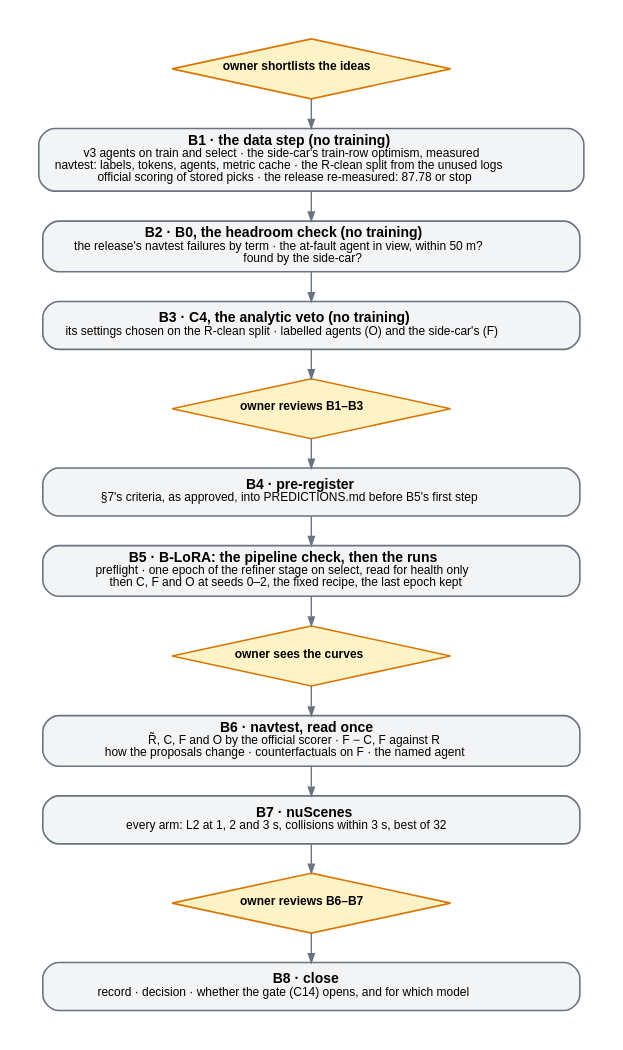
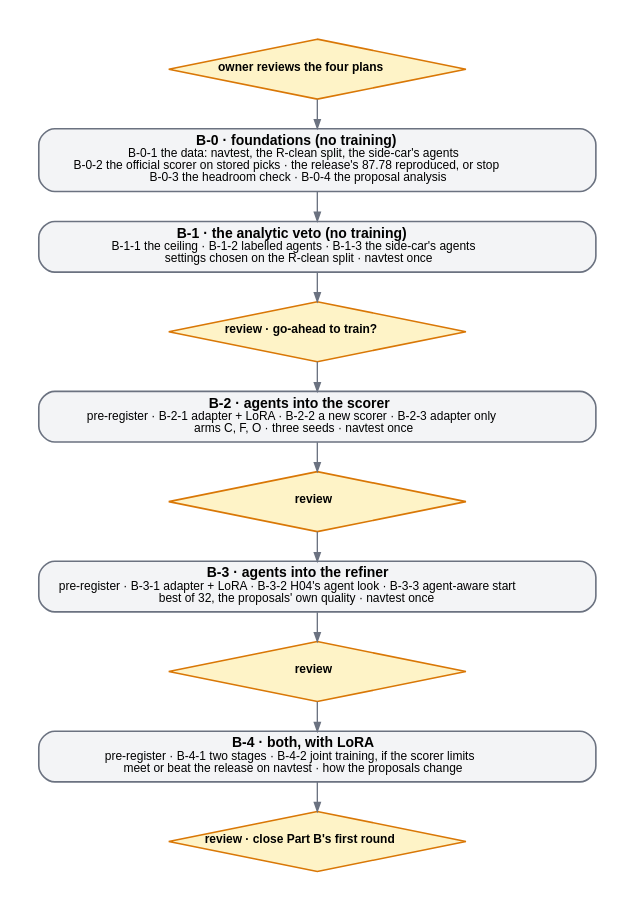
One commit to FastCodeAI/Gallops changed the diagram in experiments/H15_perception_sidecar/figures/b-steps.dot. Above: the diagram before and after it, drawn with Graphviz. The commit also changed 45 other files, not shown here.

```diff
--- a/experiments/H15_perception_sidecar/figures/b-steps.dot
+++ b/experiments/H15_perception_sidecar/figures/b-steps.dot
@@ -1,29 +1,29 @@
-// H15 Phase B (docs/drivejepa-perception-sidecar-B.md): the steps, each closed by a review before the next opens.
-// Grey: not yet run. Amber diamonds: the owner's reviews. Nothing trains before B5, and B5 waits for the go-ahead.
+// H15 Part B (docs/drivejepa-perception-sidecar-B.md and one document per experiment): the order of work, each block
+// closed by the owner's review before the next opens. Grey: not yet run. Amber diamonds: the owner's reviews.
+// Nothing trains before B-2, and B-2 waits for the go-ahead. Experiments are named B-<n>-<v> (overview, "Naming").
 // Render: dot -Tsvg b-steps.dot -o b-steps.svg && dot -Tpng:cairo -Gdpi=192 b-steps.dot -o b-steps.png
 // (not rsvg-convert: version 2.50 drops the space after a bold run)
 digraph b_steps {
   graph [rankdir=TB, fontname="Helvetica", nodesep=0.35, ranksep=0.30, pad=0.3, bgcolor="white"];
   node  [shape=box, style="rounded,filled", fontname="Helvetica", fontsize=10.5, penwidth=1.2,
-         color="#6b7280", fillcolor="#f3f4f6", margin="0.16,0.07", width=5.6];
+         color="#6b7280", fillcolor="#f3f4f6", margin="0.16,0.07", width=5.8];
   edge  [color="#6b7280", arrowsize=0.65, penwidth=1.0, fontname="Helvetica", fontsize=9];
 
-  R0 [shape=diamond, style="filled", width=2.9, height=0.62, fixedsize=true, color="#d97706", fillcolor="#fef3c7",
-      label=<<FONT POINT-SIZE="9.5"><B>owner shortlists the ideas</B></FONT>>];
-  B1 [label=<<B>B1 · the data step (no training)</B><BR/><FONT POINT-SIZE="9">v3 agents on train and select · the side-car's train-row optimism, measured<BR/>navtest: labels, tokens, agents, metric cache · the R-clean split from the unused logs<BR/>official scoring of stored picks · the release re-measured: 87.78 or stop</FONT>>];
-  B2 [label=<<B>B2 · B0, the headroom check (no training)</B><BR/><FONT POINT-SIZE="9">the release's navtest failures by term · the at-fault agent in view, within 50 m?<BR/>found by the side-car?</FONT>>];
-  B3 [label=<<B>B3 · C4, the analytic veto (no training)</B><BR/><FONT POINT-SIZE="9">its settings chosen on the R-clean split · labelled agents (O) and the side-car's (F)</FONT>>];
-  RA [shape=diamond, style="filled", width=2.9, height=0.62, fixedsize=true, color="#d97706", fillcolor="#fef3c7",
-      label=<<FONT POINT-SIZE="9.5"><B>owner reviews B1–B3</B></FONT>>];
-  B4 [label=<<B>B4 · pre-register</B><BR/><FONT POINT-SIZE="9">§7's criteria, as approved, into PREDICTIONS.md before B5's first step</FONT>>];
-  B5 [label=<<B>B5 · B-LoRA: the pipeline check, then the runs</B><BR/><FONT POINT-SIZE="9">preflight · one epoch of the refiner stage on select, read for health only<BR/>then C, F and O at seeds 0–2, the fixed recipe, the last epoch kept</FONT>>];
-  RB [shape=diamond, style="filled", width=2.9, height=0.62, fixedsize=true, color="#d97706", fillcolor="#fef3c7",
-      label=<<FONT POINT-SIZE="9.5"><B>owner sees the curves</B></FONT>>];
-  B6 [label=<<B>B6 · navtest, read once</B><BR/><FONT POINT-SIZE="9">R̃, C, F and O by the official scorer · F − C, F against R<BR/>how the proposals change · counterfactuals on F · the named agent</FONT>>];
-  B7 [label=<<B>B7 · nuScenes</B><BR/><FONT POINT-SIZE="9">every arm: L2 at 1, 2 and 3 s, collisions within 3 s, best of 32</FONT>>];
-  RC [shape=diamond, style="filled", width=2.9, height=0.62, fixedsize=true, color="#d97706", fillcolor="#fef3c7",
-      label=<<FONT POINT-SIZE="9.5"><B>owner reviews B6–B7</B></FONT>>];
-  B8 [label=<<B>B8 · close</B><BR/><FONT POINT-SIZE="9">record · decision · whether the gate (C14) opens, and for which model</FONT>>];
+  R0 [shape=diamond, style="filled", width=3.1, height=0.62, fixedsize=true, color="#d97706", fillcolor="#fef3c7",
+      label=<<FONT POINT-SIZE="9.5"><B>owner reviews the four plans</B></FONT>>];
+  B0 [label=<<B>B-0 · foundations (no training)</B><BR/><FONT POINT-SIZE="9">B-0-1 the data: navtest, the R-clean split, the side-car's agents<BR/>B-0-2 the official scorer on stored picks · the release's 87.78 reproduced, or stop<BR/>B-0-3 the headroom check · B-0-4 the proposal analysis</FONT>>];
+  B1 [label=<<B>B-1 · the analytic veto (no training)</B><BR/><FONT POINT-SIZE="9">B-1-1 the ceiling · B-1-2 labelled agents · B-1-3 the side-car's agents<BR/>settings chosen on the R-clean split · navtest once</FONT>>];
+  RA [shape=diamond, style="filled", width=3.1, height=0.62, fixedsize=true, color="#d97706", fillcolor="#fef3c7",
+      label=<<FONT POINT-SIZE="9.5"><B>review · go-ahead to train?</B></FONT>>];
+  B2 [label=<<B>B-2 · agents into the scorer</B><BR/><FONT POINT-SIZE="9">pre-register · B-2-1 adapter + LoRA · B-2-2 a new scorer · B-2-3 adapter only<BR/>arms C, F, O · three seeds · navtest once</FONT>>];
+  RB [shape=diamond, style="filled", width=3.1, height=0.62, fixedsize=true, color="#d97706", fillcolor="#fef3c7",
+      label=<<FONT POINT-SIZE="9.5"><B>review</B></FONT>>];
+  B3 [label=<<B>B-3 · agents into the refiner</B><BR/><FONT POINT-SIZE="9">pre-register · B-3-1 adapter + LoRA · B-3-2 H04's agent look · B-3-3 agent-aware start<BR/>best of 32, the proposals' own quality · navtest once</FONT>>];
+  RC [shape=diamond, style="filled", width=3.1, height=0.62, fixedsize=true, color="#d97706", fillcolor="#fef3c7",
+      label=<<FONT POINT-SIZE="9.5"><B>review</B></FONT>>];
+  B4 [label=<<B>B-4 · both, with LoRA</B><BR/><FONT POINT-SIZE="9">pre-register · B-4-1 two stages · B-4-2 joint training, if the scorer limits<BR/>meet or beat the release on navtest · how the proposals change</FONT>>];
+  RD [shape=diamond, style="filled", width=3.1, height=0.62, fixedsize=true, color="#d97706", fillcolor="#fef3c7",
+      label=<<FONT POINT-SIZE="9.5"><B>review · close Part B's first round</B></FONT>>];
 
-  R0 -> B1 -> B2 -> B3 -> RA -> B4 -> B5 -> RB -> B6 -> B7 -> RC -> B8;
+  R0 -> B0 -> B1 -> RA -> B2 -> RB -> B3 -> RC -> B4 -> RD;
 }
```
